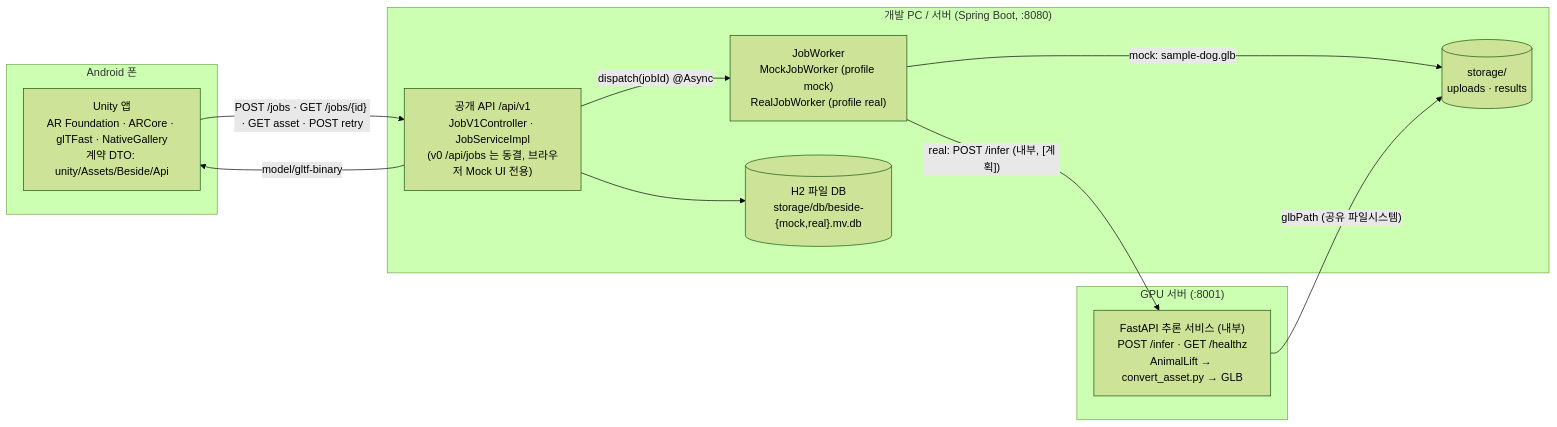
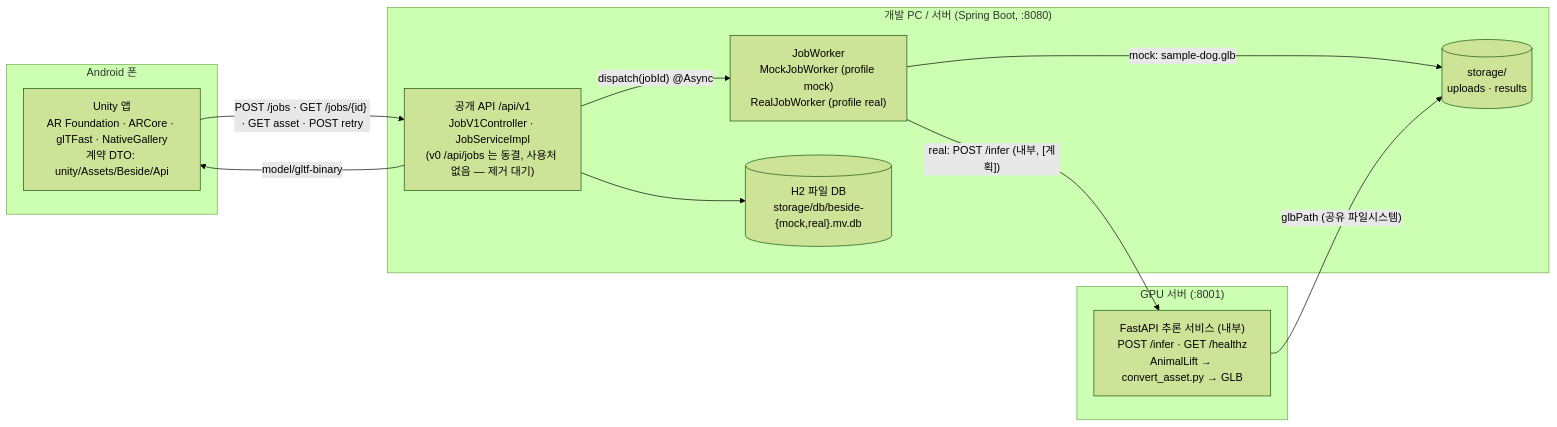
Before and after one commit to minwoo3717/Beside: the first of 3 diagrams in docs/ARCHITECTURE.md, drawn with Mermaid (forest theme). The commit also changed 6 other files, not shown here.

First line of the commit message:
[Backend] 문서: 브라우저 Mock UI v1 전환 반영과 v0 동결 규칙 정정 — 문서끼리 어긋난 규칙을 바로잡기 위해

````diff
--- a/docs/ARCHITECTURE.md
+++ b/docs/ARCHITECTURE.md
@@ -9,22 +9,22 @@
 ```mermaid
 flowchart LR
     subgraph Phone["Android 폰"]
         U["Unity 앱<br/>AR Foundation · ARCore · glTFast · NativeGallery<br/>계약 DTO: unity/Assets/Beside/Api"]
     end
     subgraph Server["개발 PC / 서버 (Spring Boot, :8080)"]
-        S["공개 API /api/v1<br/>JobV1Controller · JobServiceImpl<br/>(v0 /api/jobs 는 동결, 브라우저 Mock UI 전용)"]
+        S["공개 API /api/v1<br/>JobV1Controller · JobServiceImpl<br/>(v0 /api/jobs 는 동결, 사용처 없음 — 제거 대기)"]
         W["JobWorker<br/>MockJobWorker (profile mock)<br/>RealJobWorker (profile real)"]
         FS[("storage/<br/>uploads · results")]
         DB[("H2 파일 DB<br/>storage/db/beside-{mock,real}.mv.db")]
     end
     subgraph Gpu["GPU 서버 (:8001)"]
         P["FastAPI 추론 서비스 (내부)<br/>POST /infer · GET /healthz<br/>AnimalLift → convert_asset.py → GLB"]
     end
     U -->|"POST /jobs · GET /jobs/{id} · GET asset · POST retry"| S
     S --> DB
     S -->|"dispatch(jobId) @Async"| W
     W -->|"mock: sample-dog.glb"| FS
     W -->|"real: POST /infer (내부, [계획])"| P
     P -->|"glbPath (공유 파일시스템)"| FS
     S -->|"model/gltf-binary"| U
 ```
````
